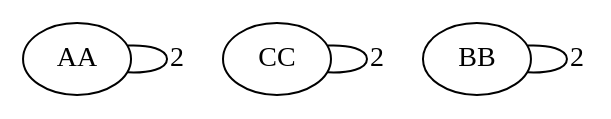
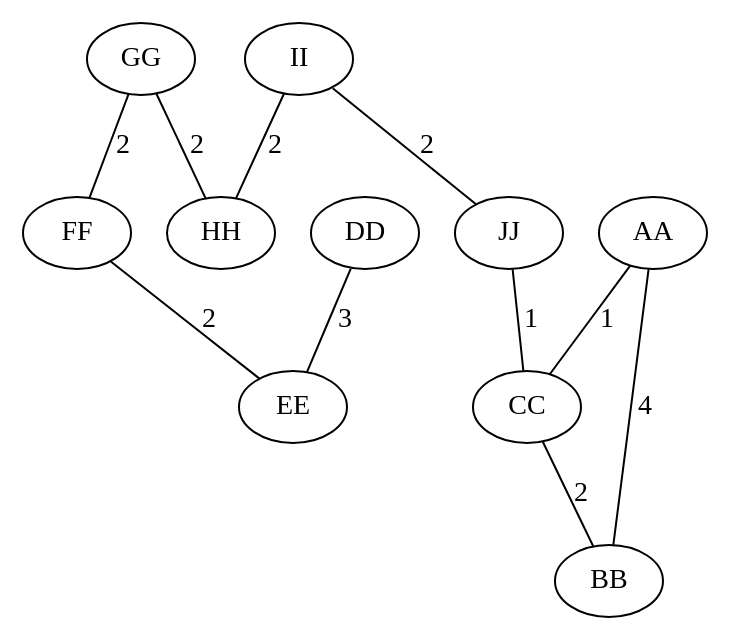
Before and after one commit to L-zed/TP2_AnalyseStatique: the diagram in TP2/target/classes/graph.dot, drawn with Graphviz. The commit also changed 10 other files, not shown here.

```diff
--- a/TP2/target/classes/graph.dot
+++ b/TP2/target/classes/graph.dot
@@ -1,6 +1,13 @@
 digraph "graph" {
 edge[dir=none]
-"AA"->"AA" [ label="2" ]
-"CC"->"CC" [ label="2" ]
-"BB"->"BB" [ label="2" ]
+"II"->"HH" [ label="2" ]
+"II"->"JJ" [ label="2" ]
+"GG"->"FF" [ label="2" ]
+"GG"->"HH" [ label="2" ]
+"AA"->"BB" [ label="4" ]
+"AA"->"CC" [ label="1" ]
+"FF"->"EE" [ label="2" ]
+"DD"->"EE" [ label="3" ]
+"CC"->"BB" [ label="2" ]
+"JJ"->"CC" [ label="1" ]
 }
```
